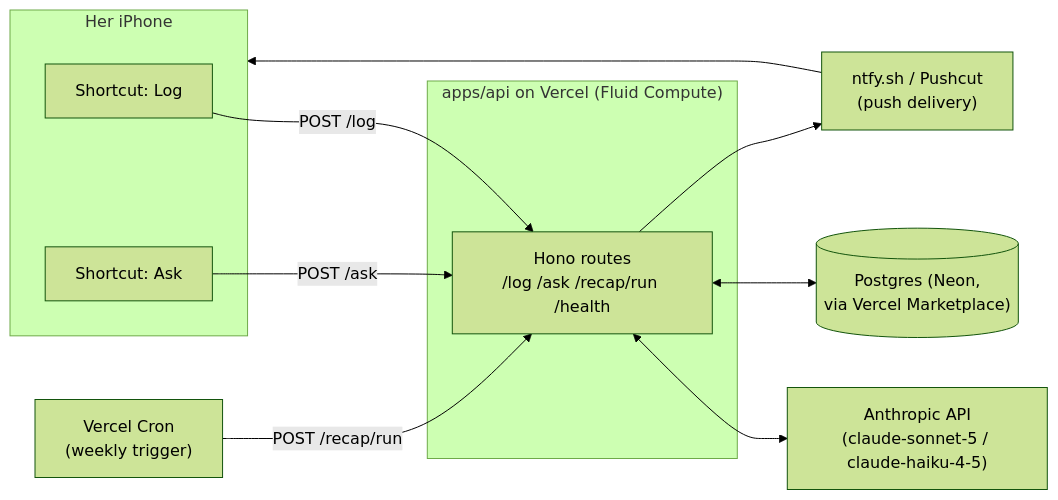
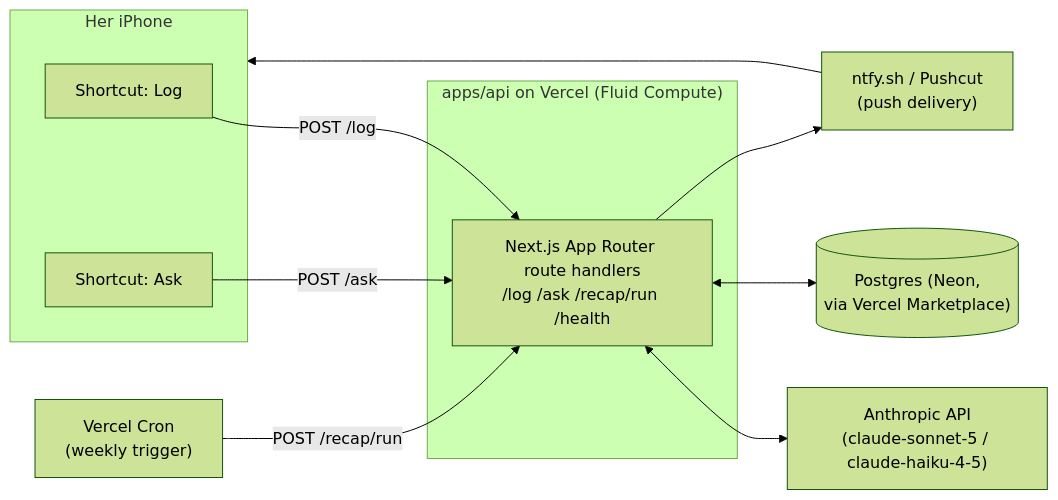
The diagram in docs/architecture/overview.md (BenitoPedro13/lumen), drawn with Mermaid (forest theme) before and after one commit. The commit also changed other lines of this file and 18 other files, not shown here.

````diff
--- a/docs/architecture/overview.md
+++ b/docs/architecture/overview.md
@@ -77,24 +77,24 @@
 ```mermaid
 flowchart LR
     subgraph Phone["Her iPhone"]
         S1["Shortcut: Log"]
         S2["Shortcut: Ask"]
     end
 
     subgraph Vercel["apps/api on Vercel (Fluid Compute)"]
-        API["Hono routes\n/log /ask /recap/run /health"]
+        API["Next.js App Router route handlers\n/log /ask /recap/run /health"]
     end
 
     ANTH["Anthropic API\n(claude-sonnet-5 / claude-haiku-4-5)"]
     DB[("Postgres (Neon,\nvia Vercel Marketplace)")]
     CRON["Vercel Cron\n(weekly trigger)"]
     PUSH["ntfy.sh / Pushcut\n(push delivery)"]
 
     S1 -- "POST /log" --> API
     S2 -- "POST /ask" --> API
     API <--> ANTH
     API <--> DB
     CRON -- "POST /recap/run" --> API
     API --> PUSH
     PUSH --> Phone
 ```
````
